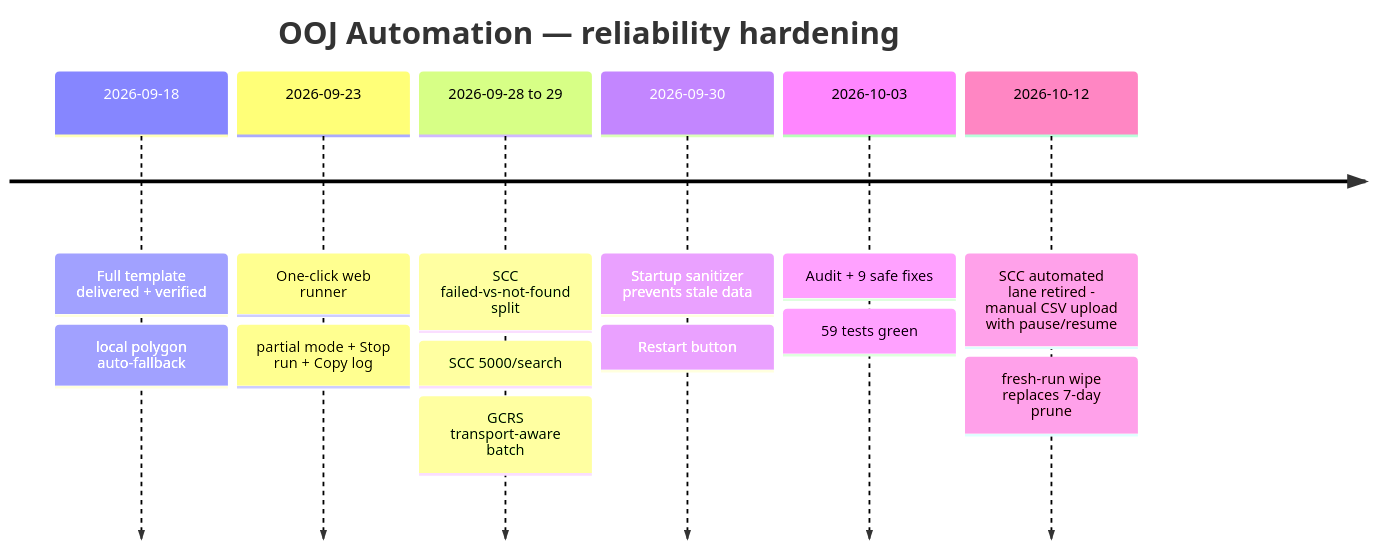
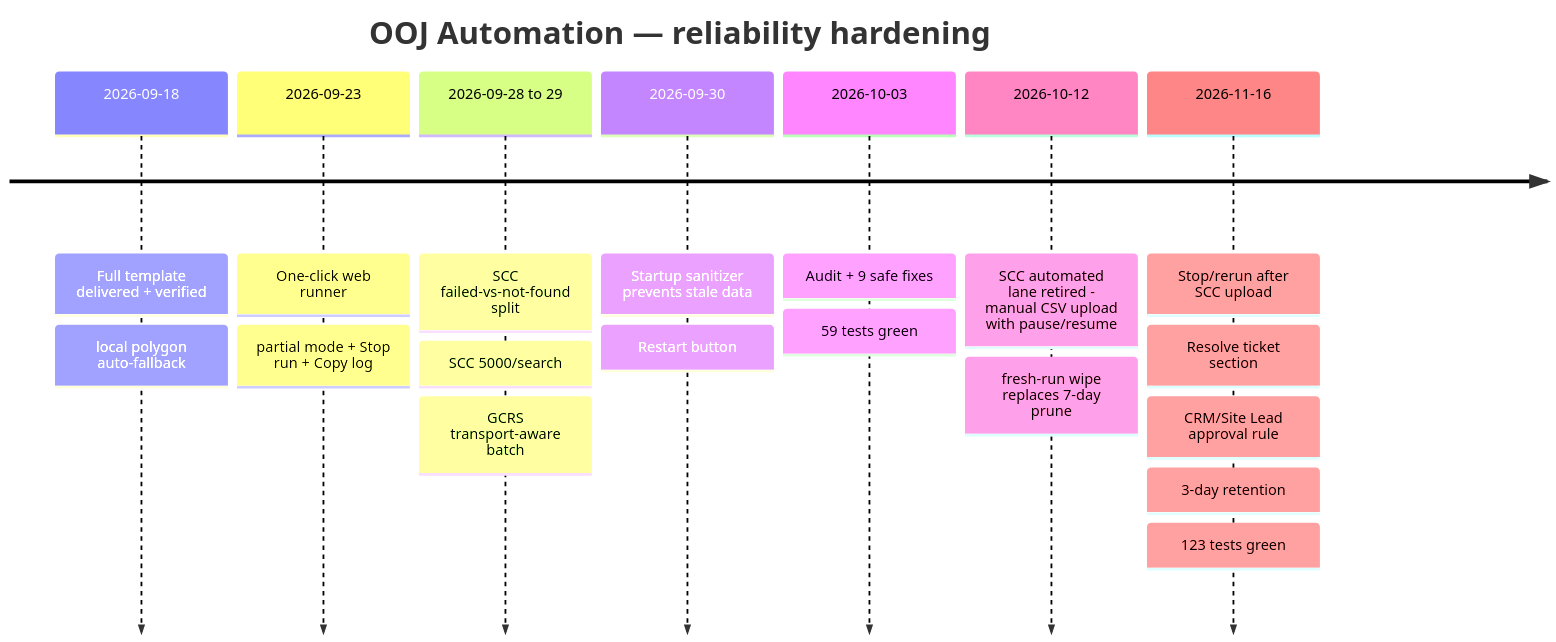
Before and after one commit to debashiskbrj/Kiro-OOJ-Automation: the fifth of 5 diagrams in Docs/SOP-OOJ-Automation.md, drawn with Mermaid. The commit also changed other lines of this file and 40 other files, not shown here.

First line of the commit message:
feat: Resolve ticket, approval in comments, SCC stop/rerun, browser sign-in at Start

````diff
--- a/Docs/SOP-OOJ-Automation.md
+++ b/Docs/SOP-OOJ-Automation.md
@@ -273,10 +281,11 @@
 ```mermaid
 timeline
     title OOJ Automation — reliability hardening
     2026-09-18 : Full template delivered + verified : local polygon auto-fallback
     2026-09-23 : One-click web runner : partial mode + Stop run + Copy log
     2026-09-28 to 29 : SCC failed-vs-not-found split : SCC 5000/search : GCRS transport-aware batch
     2026-09-30 : Startup sanitizer prevents stale data : Restart button
     2026-10-03 : Audit + 9 safe fixes : 59 tests green
     2026-10-12 : SCC automated lane retired - manual CSV upload with pause/resume : fresh-run wipe replaces 7-day prune
+    2026-11-16 : Stop/rerun after SCC upload : Resolve ticket section : CRM/Site Lead approval rule : 3-day retention : 123 tests green
 ```
````
